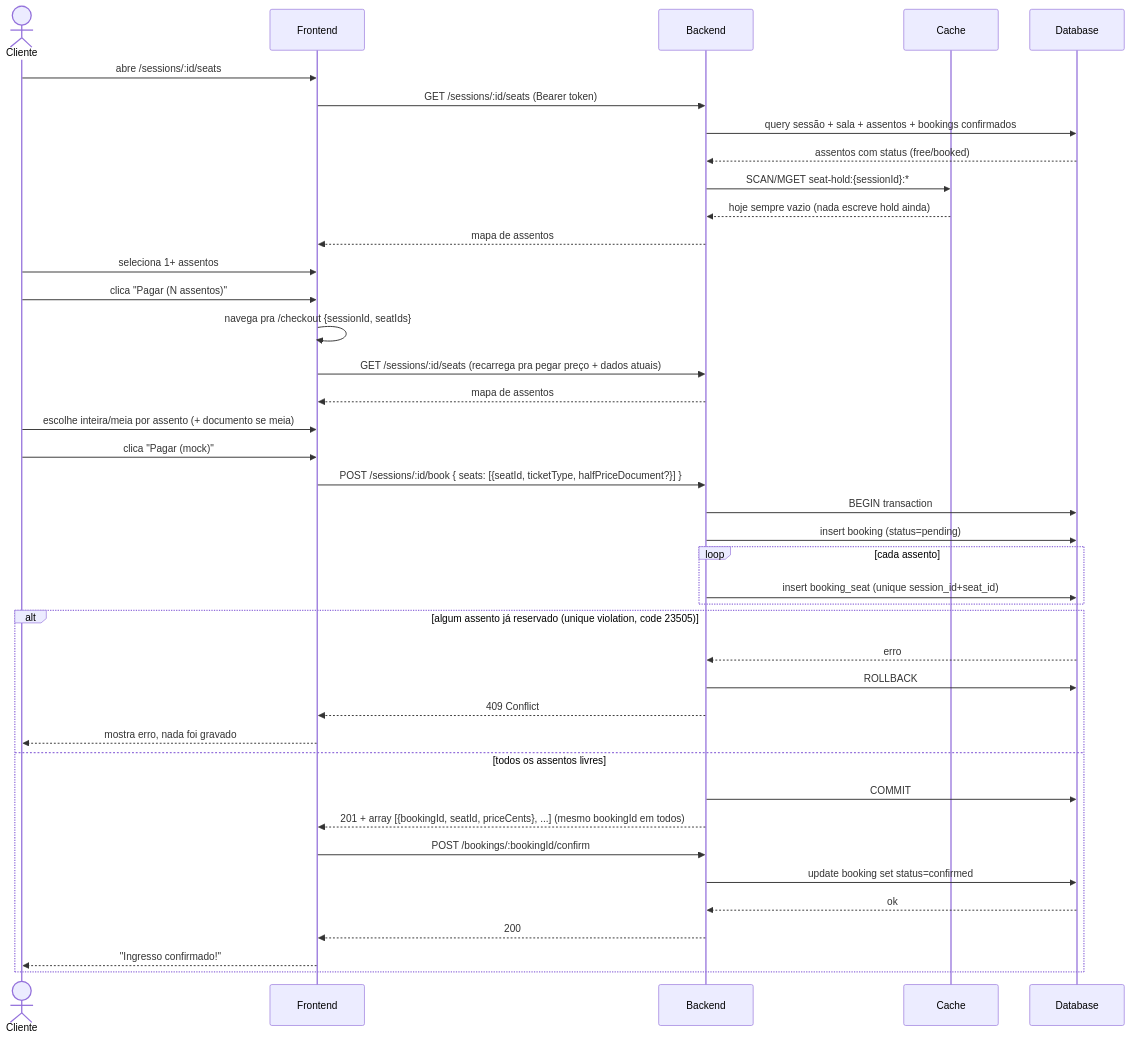
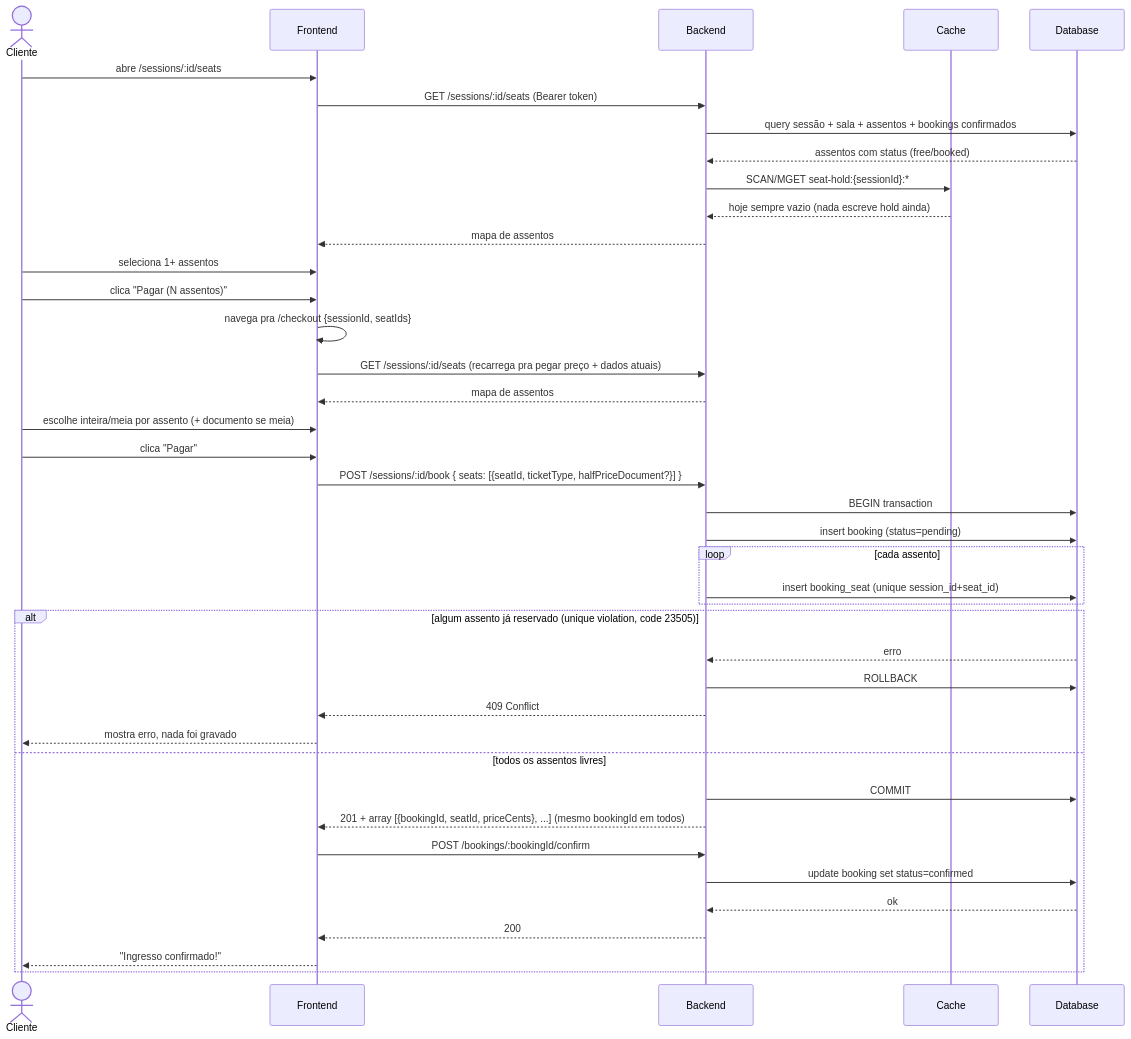
One commit to D4rkM/movietickets changed the diagram in docs/flows/booking/sequence.md. Above: the diagram before and after it, drawn with Mermaid. The commit also changed other lines of this file and 3 other files, not shown here.

First line of the commit message:
docs: sync schema, bruno guide and booking flow with real code (#25)

````diff
--- a/docs/flows/booking/sequence.md
+++ b/docs/flows/booking/sequence.md
@@ -7,46 +7,46 @@
 ```mermaid
 sequenceDiagram
     actor Cliente
     participant Frontend
     participant Backend
     participant Cache
     participant Database
 
     Cliente->>Frontend: abre /sessions/:id/seats
     Frontend->>Backend: GET /sessions/:id/seats (Bearer token)
     Backend->>Database: query sessão + sala + assentos + bookings confirmados
     Database-->>Backend: assentos com status (free/booked)
     Backend->>Cache: SCAN/MGET seat-hold:{sessionId}:*
     Cache-->>Backend: hoje sempre vazio (nada escreve hold ainda)
     Backend-->>Frontend: mapa de assentos
     Cliente->>Frontend: seleciona 1+ assentos
     Cliente->>Frontend: clica "Pagar (N assentos)"
     Frontend->>Frontend: navega pra /checkout {sessionId, seatIds}
 
     Frontend->>Backend: GET /sessions/:id/seats (recarrega pra pegar preço + dados atuais)
     Backend-->>Frontend: mapa de assentos
     Cliente->>Frontend: escolhe inteira/meia por assento (+ documento se meia)
-    Cliente->>Frontend: clica "Pagar (mock)"
+    Cliente->>Frontend: clica "Pagar"
 
     Frontend->>Backend: POST /sessions/:id/book { seats: [{seatId, ticketType, halfPriceDocument?}] }
     Backend->>Database: BEGIN transaction
     Backend->>Database: insert booking (status=pending)
     loop cada assento
         Backend->>Database: insert booking_seat (unique session_id+seat_id)
     end
     alt algum assento já reservado (unique violation, code 23505)
         Database-->>Backend: erro
         Backend->>Database: ROLLBACK
         Backend-->>Frontend: 409 Conflict
         Frontend-->>Cliente: mostra erro, nada foi gravado
     else todos os assentos livres
         Backend->>Database: COMMIT
         Backend-->>Frontend: 201 + array [{bookingId, seatId, priceCents}, ...] (mesmo bookingId em todos)
 
         Frontend->>Backend: POST /bookings/:bookingId/confirm
         Backend->>Database: update booking set status=confirmed
         Database-->>Backend: ok
         Backend-->>Frontend: 200
         Frontend-->>Cliente: "Ingresso confirmado!"
     end
 ```
````
